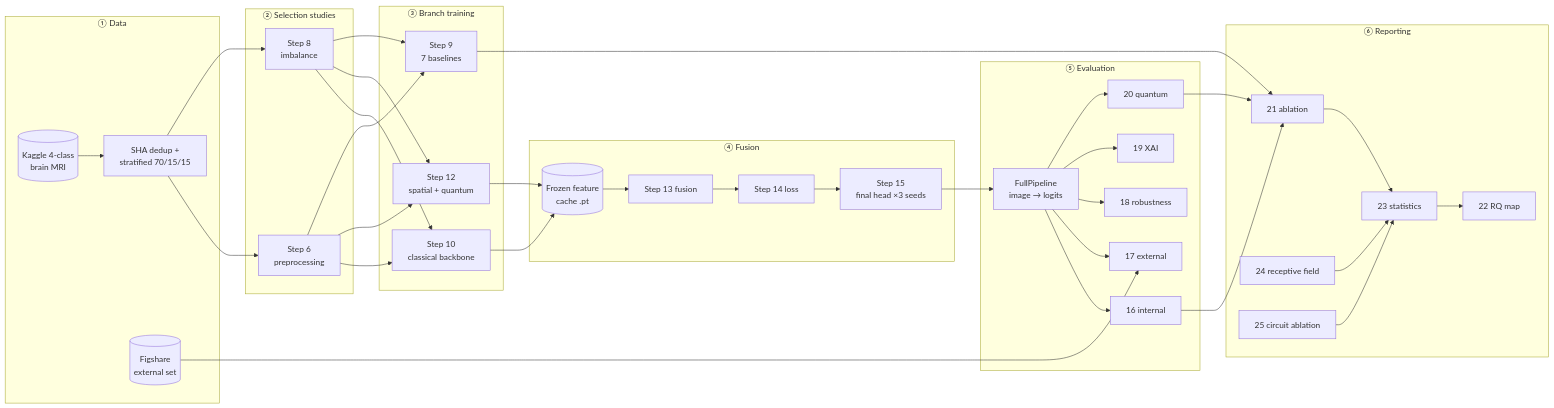
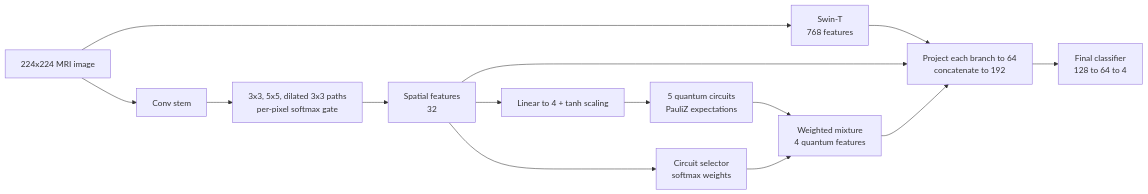
One commit to Biswadev-9/fnal_thesis changed the second of 2 diagrams in README.md. Above: the diagram before and after it, drawn with Mermaid. The commit also changed other lines of this file, not shown here.

````diff
--- a/README.md
+++ b/README.md
@@ -61,34 +148,16 @@
 ```mermaid
 flowchart LR
-    subgraph DATA["① Data"]
-        RAW[(Kaggle 4-class<br/>brain MRI)] --> DEDUP[SHA dedup +<br/>stratified 70/15/15]
-        FIG[(Figshare<br/>external set)]
-    end
-
-    subgraph PREP["② Selection studies"]
-        DEDUP --> P6[Step 6<br/>preprocessing]
-        DEDUP --> P8[Step 8<br/>imbalance]
-    end
-
-    subgraph BRANCH["③ Branch training"]
-        P6 & P8 --> B10[Step 10<br/>classical backbone]
-        P6 & P8 --> B12[Step 12<br/>spatial + quantum]
-        P6 & P8 --> B9[Step 9<br/>7 baselines]
-    end
-
-    subgraph FUSE["④ Fusion"]
-        B10 & B12 --> CACHE[(Frozen feature<br/>cache .pt)]
-        CACHE --> F13[Step 13 fusion] --> F14[Step 14 loss] --> F15[Step 15<br/>final head ×3 seeds]
-    end
-
-    subgraph EVAL["⑤ Evaluation"]
-        F15 --> FULL[FullPipeline<br/>image → logits]
-        FULL --> E16[16 internal] & E17[17 external] & E18[18 robustness] & E19[19 XAI] & E20[20 quantum]
-        FIG --> E17
-    end
-
-    subgraph REPORT["⑥ Reporting"]
-        E16 & E20 & B9 --> A21[21 ablation] --> S23[23 statistics] --> R22[22 RQ map]
-        A24[24 receptive field] & A25[25 circuit ablation] --> S23
-    end
+    X[224x224 MRI image] --> C1[Swin-T<br/>768 features]
+    X --> S1[Conv stem]
+    S1 --> S2[3x3, 5x5, dilated 3x3 paths<br/>per-pixel softmax gate]
+    S2 --> S3[Spatial features<br/>32]
+    S3 --> Q1[Linear to 4 + tanh scaling]
+    Q1 --> Q2[5 quantum circuits<br/>PauliZ expectations]
+    S3 --> Q3[Circuit selector<br/>softmax weights]
+    Q2 --> Q4[Weighted mixture<br/>4 quantum features]
+    Q3 --> Q4
+    C1 --> P[Project each branch to 64<br/>concatenate to 192]
+    S3 --> P
+    Q4 --> P
+    P --> F[Final classifier<br/>128 to 64 to 4]
 ```
````
